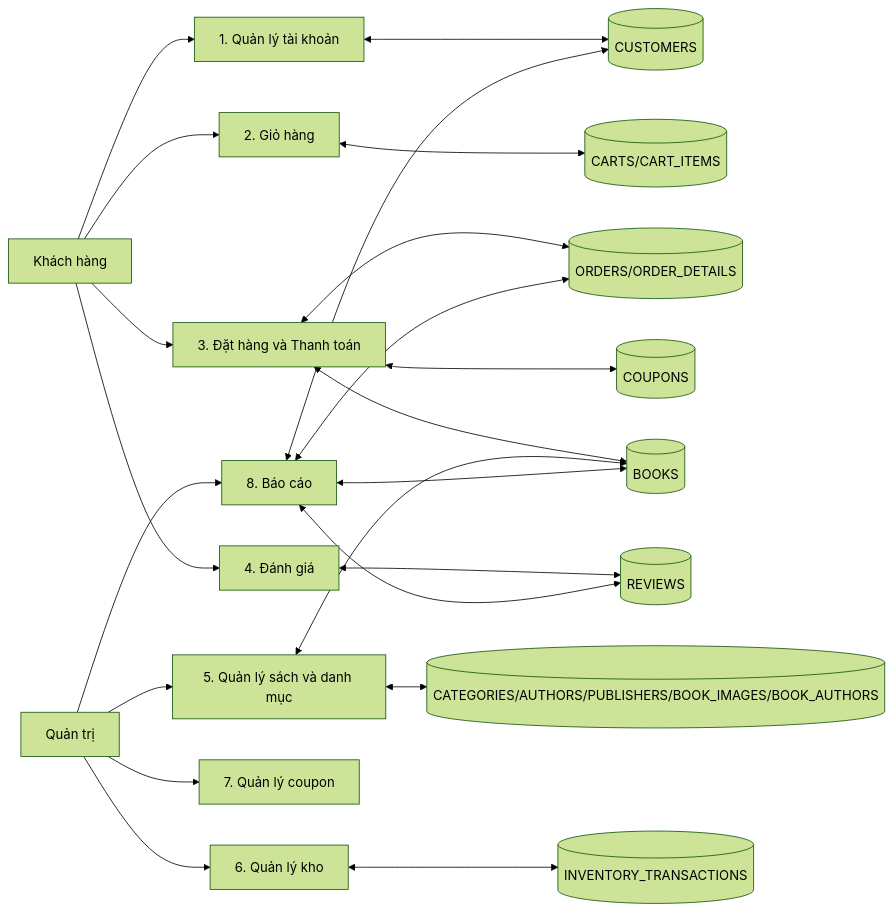
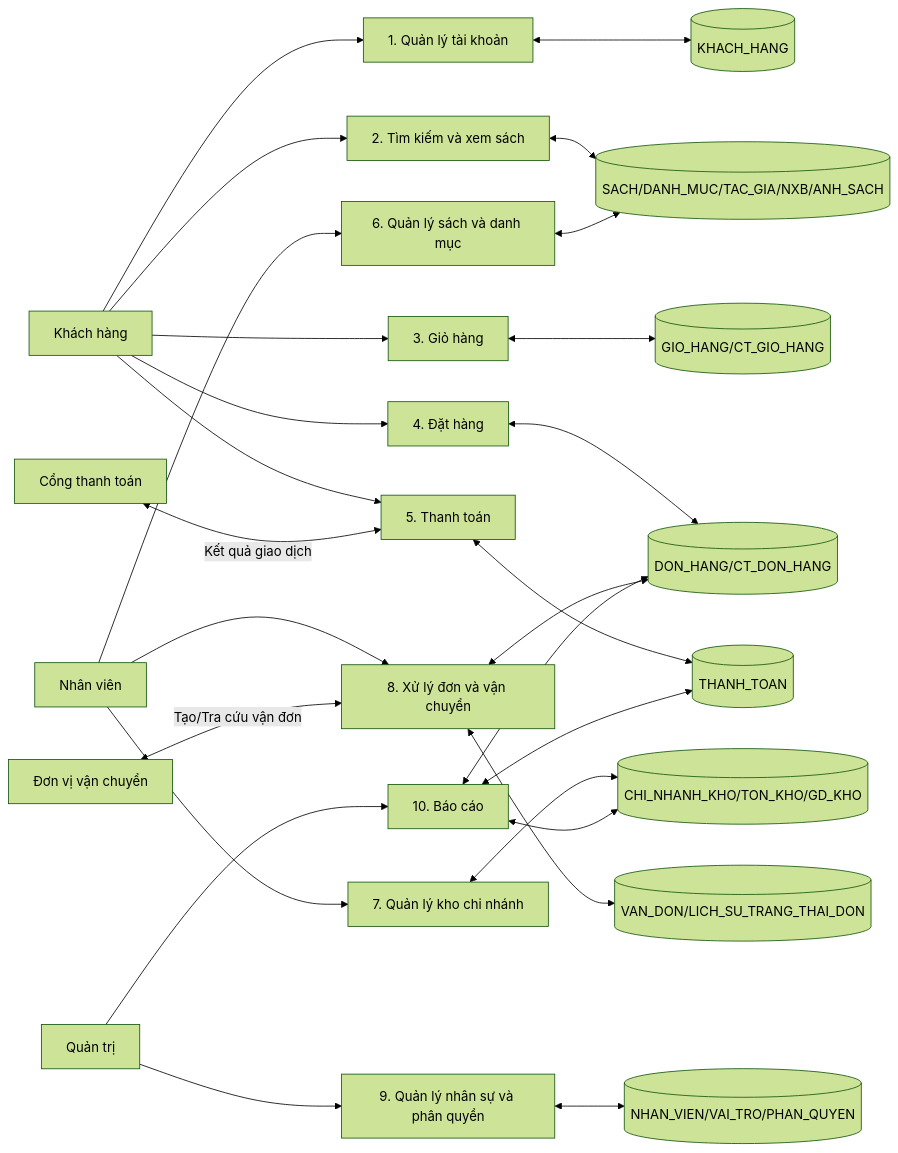
The fourth of 4 diagrams in CHUONG_3_Phan_tich_he_thong.md (TienxDun/Oracle_DigiBook), drawn with Mermaid (forest theme) before and after one commit. The commit also changed other lines of this file and 3 other files, not shown here.

````diff
--- a/CHUONG_3_Phan_tich_he_thong.md
+++ b/CHUONG_3_Phan_tich_he_thong.md
@@ -179,26 +182,32 @@
 ```mermaid
 flowchart LR
   KH["Khách hàng"] --> P1["1. Quản lý tài khoản"]
-  KH --> P2["2. Giỏ hàng"]
-  KH --> P3["3. Đặt hàng và Thanh toán"]
-  KH --> P4["4. Đánh giá"]
+  KH --> P2["2. Tìm kiếm và xem sách"]
+  KH --> P3["3. Giỏ hàng"]
+  KH --> P4["4. Đặt hàng"]
+  KH --> P5["5. Thanh toán"]
 
-  ADM["Quản trị"] --> P5["5. Quản lý sách và danh mục"]
-  ADM --> P6["6. Quản lý kho"]
-  ADM --> P7["7. Quản lý coupon"]
-  ADM --> P8["8. Báo cáo"]
+  NV["Nhân viên"] --> P6["6. Quản lý sách và danh mục"]
+  NV --> P7["7. Quản lý kho chi nhánh"]
+  NV --> P8["8. Xử lý đơn và vận chuyển"]
 
-  P1 <--> D1[(CUSTOMERS)]
-  P2 <--> D2[(CARTS/CART_ITEMS)]
-  P3 <--> D3[(ORDERS/ORDER_DETAILS)]
-  P3 <--> D4[(COUPONS)]
-  P3 <--> D5[(BOOKS)]
-  P6 <--> D6[(INVENTORY_TRANSACTIONS)]
-  P4 <--> D7[(REVIEWS)]
-  P5 <--> D5
-  P5 <--> D8[(CATEGORIES/AUTHORS/PUBLISHERS/BOOK_IMAGES/BOOK_AUTHORS)]
-  P8 <--> D1
-  P8 <--> D3
-  P8 <--> D5
-  P8 <--> D7
+  QL["Quản trị"] --> P9["9. Quản lý nhân sự và phân quyền"]
+  QL --> P10["10. Báo cáo"]
+
+  PAY["Cổng thanh toán"] <-->|"Kết quả giao dịch"| P5
+  SHIP["Đơn vị vận chuyển"] <-->|"Tạo/Tra cứu vận đơn"| P8
+
+  P1 <--> D1[(KHACH_HANG)]
+  P2 <--> D2[(SACH/DANH_MUC/TAC_GIA/NXB/ANH_SACH)]
+  P3 <--> D3[(GIO_HANG/CT_GIO_HANG)]
+  P4 <--> D4[(DON_HANG/CT_DON_HANG)]
+  P5 <--> D5[(THANH_TOAN)]
+  P6 <--> D2
+  P7 <--> D6[(CHI_NHANH_KHO/TON_KHO/GD_KHO)]
+  P8 <--> D4
+  P8 <--> D7[(VAN_DON/LICH_SU_TRANG_THAI_DON)]
+  P9 <--> D8[(NHAN_VIEN/VAI_TRO/PHAN_QUYEN)]
+  P10 <--> D4
+  P10 <--> D5
+  P10 <--> D6
 ```
````
